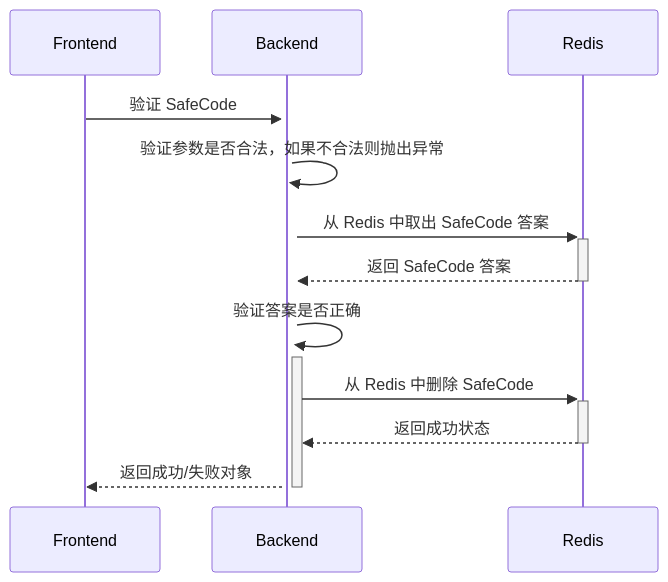
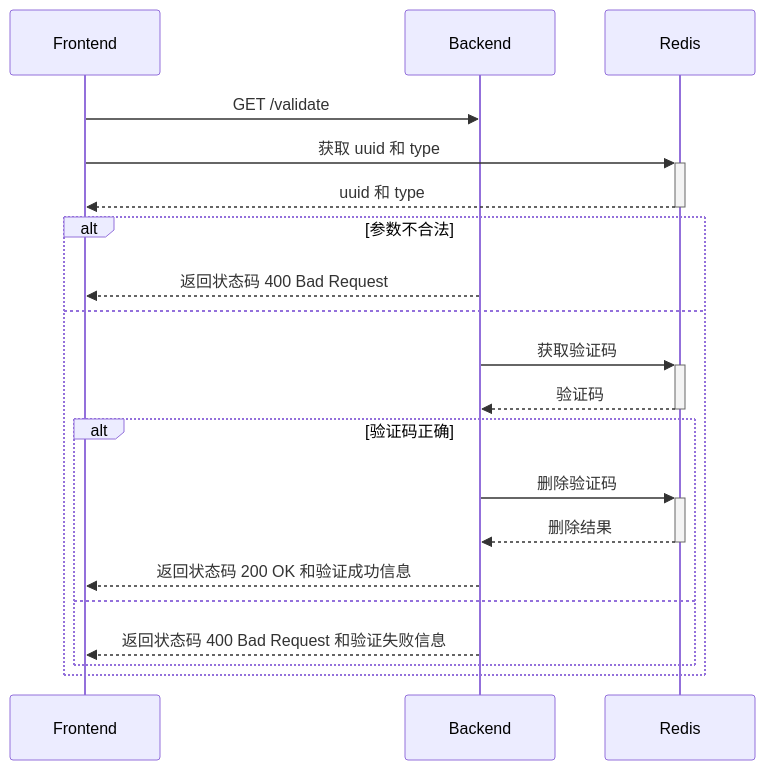
The diagram in img/验证码验证顺序图.md (Clarice0997/YueMedia), drawn with Mermaid before and after one commit. The commit also changed 20 other files, not shown here.

Commit message:
feat: 刷新处理文件任务列表按钮 img: UML 设计图 fix: 登录页面重定向问题

````diff
--- a/img/验证码验证顺序图.md
+++ b/img/验证码验证顺序图.md
@@ -1,14 +1,24 @@
 ```mermaid
 sequenceDiagram
     participant Frontend
     participant Backend
     participant Redis
-    Frontend->>+Backend: 验证 SafeCode
-    Backend->>+Backend: 验证参数是否合法，如果不合法则抛出异常
-    Backend->>+Redis: 从 Redis 中取出 SafeCode 答案
-    Redis-->>-Backend: 返回 SafeCode 答案
-    Backend->>+Backend: 验证答案是否正确
-    Backend->>+Redis: 从 Redis 中删除 SafeCode
-    Redis-->>-Backend: 返回成功状态
-    Backend-->>-Frontend: 返回成功/失败对象
+
+    Frontend->>Backend: GET /validate
+    Frontend->>+Redis: 获取 uuid 和 type
+    Redis-->>-Frontend: uuid 和 type
+    alt 参数不合法
+        Backend-->>Frontend: 返回状态码 400 Bad Request
+    else
+        Backend->>+Redis: 获取验证码
+        Redis-->>-Backend: 验证码
+        alt 验证码正确
+            Backend->>+Redis: 删除验证码
+            Redis-->>-Backend: 删除结果
+            Backend-->>Frontend: 返回状态码 200 OK 和验证成功信息
+        else
+            Backend-->>Frontend: 返回状态码 400 Bad Request 和验证失败信息
+        end
+    end
+
 ```
````
